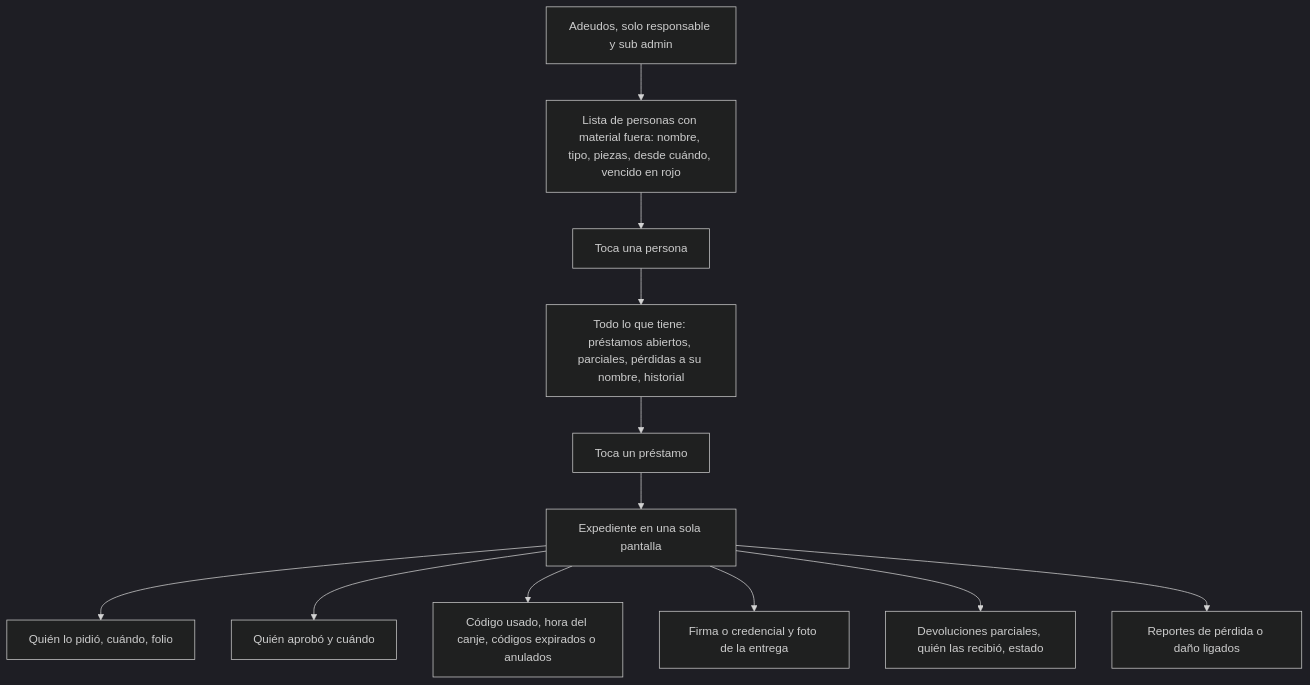
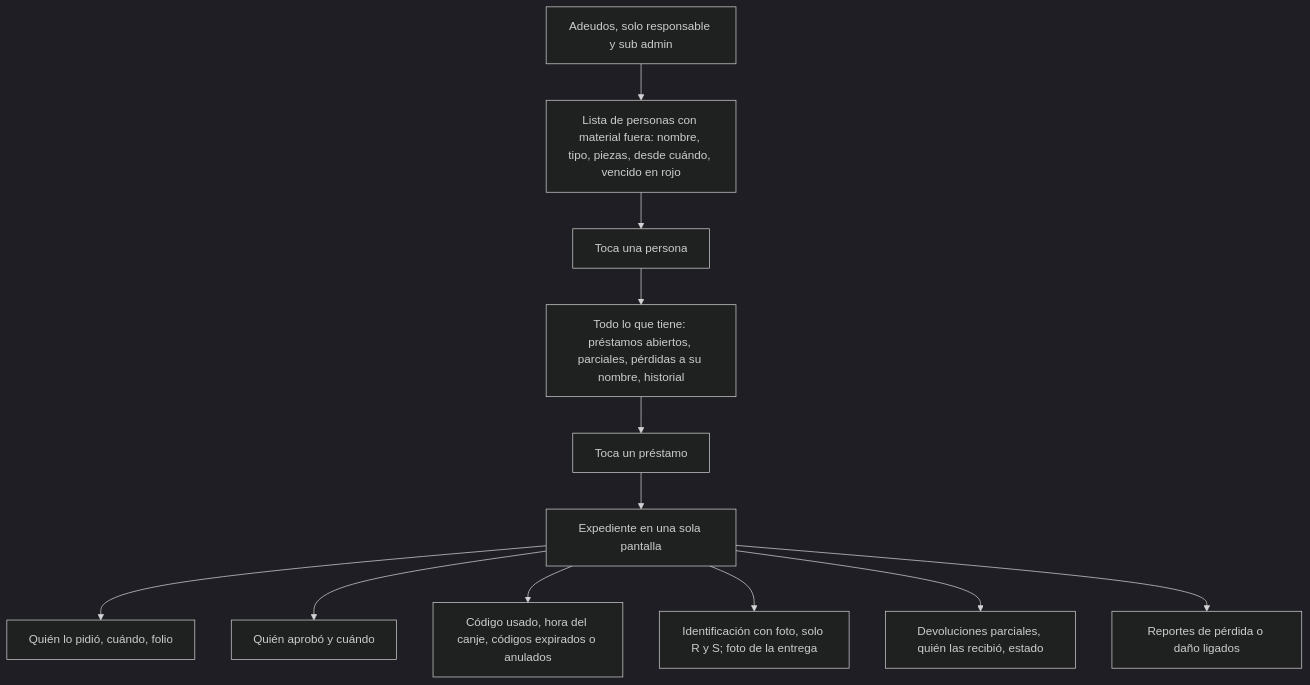
Diagram 23 of 24 in docs/flujos.md (JaimeLug/InventarioMaker), drawn with Mermaid (dark theme) before and after one commit. The commit also changed other lines of this file and 25 other files, not shown here.

````diff
--- a/docs/flujos.md
+++ b/docs/flujos.md
@@ -1421,14 +1452,14 @@
 ```mermaid
 flowchart TD
     A["Adeudos, solo responsable y sub admin"] --> B["Lista de personas con material fuera: nombre, tipo, piezas, desde cuándo, vencido en rojo"]
     B --> C["Toca una persona"]
     C --> D["Todo lo que tiene: préstamos abiertos, parciales, pérdidas a su nombre, historial"]
     D --> E["Toca un préstamo"]
     E --> F["Expediente en una sola pantalla"]
     F --> G["Quién lo pidió, cuándo, folio"]
     F --> H["Quién aprobó y cuándo"]
     F --> I["Código usado, hora del canje, códigos expirados o anulados"]
-    F --> J["Firma o credencial y foto de la entrega"]
+    F --> J["Identificación con foto, solo R y S; foto de la entrega"]
     F --> K["Devoluciones parciales, quién las recibió, estado"]
     F --> L["Reportes de pérdida o daño ligados"]
 ```
````
